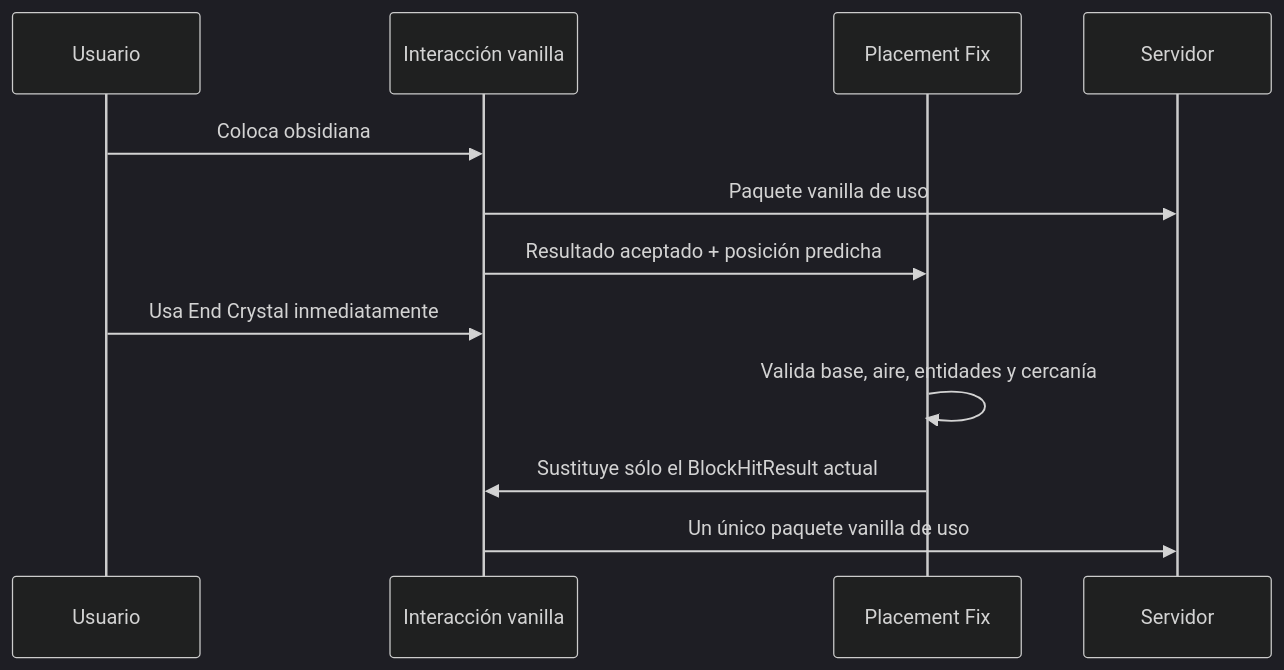
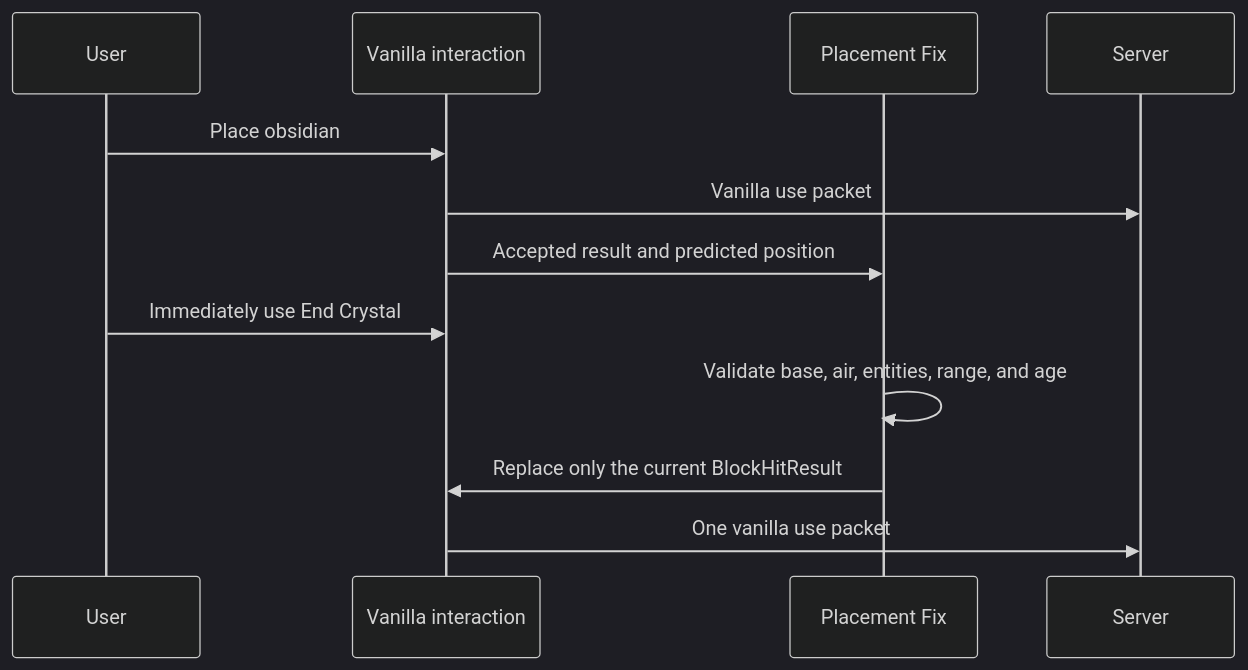
The diagram in README.md (kerlycanelita/KoHs-Crystal-Tweaks), drawn with Mermaid (dark theme) before and after one commit. The commit also changed other lines of this file and 20 other files, not shown here.

````diff
--- a/README.md
+++ b/README.md
@@ -30,15 +39,15 @@
 ```mermaid
 sequenceDiagram
-    participant U as Usuario
-    participant V as Interacción vanilla
+    participant U as User
+    participant V as Vanilla interaction
     participant F as Placement Fix
-    participant S as Servidor
+    participant S as Server
 
-    U->>V: Coloca obsidiana
-    V->>S: Paquete vanilla de uso
-    V->>F: Resultado aceptado + posición predicha
-    U->>V: Usa End Crystal inmediatamente
-    F->>F: Valida base, aire, entidades y cercanía
-    F->>V: Sustituye sólo el BlockHitResult actual
-    V->>S: Un único paquete vanilla de uso
+    U->>V: Place obsidian
+    V->>S: Vanilla use packet
+    V->>F: Accepted result and predicted position
+    U->>V: Immediately use End Crystal
+    F->>F: Validate base, air, entities, range, and age
+    F->>V: Replace only the current BlockHitResult
+    V->>S: One vanilla use packet
 ```
````
